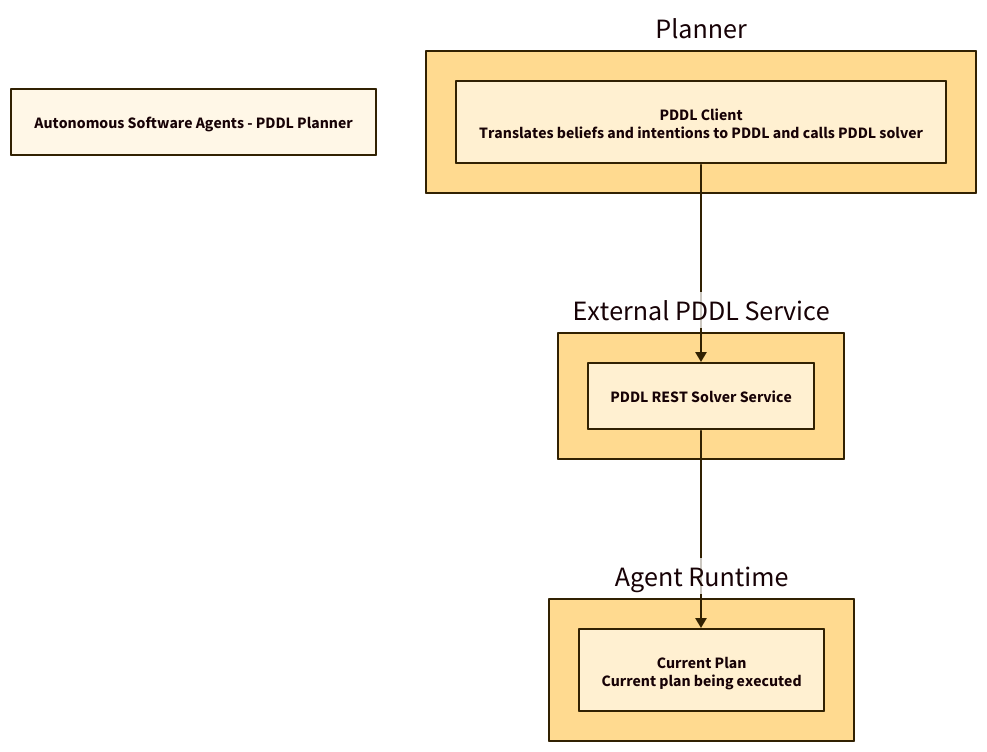
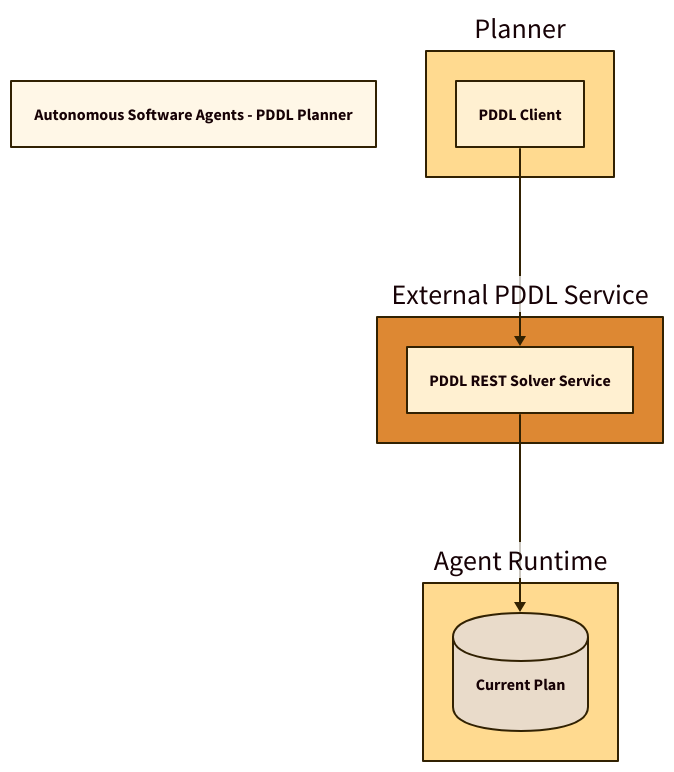
The diagram in presentation/diagrams/pddlPlanner.d2 (LuigiMiazzo17/unitn-autonomusSoftwareAgents), drawn with D2 before and after one commit. The commit also changed 7 other files, not shown here. The source asks for the TALA layout; these drawings use dagre instead.

```diff
--- a/presentation/diagrams/pddlPlanner.d2
+++ b/presentation/diagrams/pddlPlanner.d2
@@ -1,32 +1,36 @@
 title: "Autonomous Software Agents - PDDL Planner"
 
 vars: {
   d2-config: {
     layout-engine: tala
     theme-id: 105
   }
 }
 
 pddlSolver: {
   label: "External PDDL Service"
+  style: {
+    fill: "#dd8833"
+  }
   rest: {
     label: "PDDL REST Solver Service"
   }
 }
 
 agentRuntime: {
   label: "Agent Runtime"
   plan: {
-    label: "Current Plan\nCurrent plan being executed"
+    label: "Current Plan"
+    shape: cylinder
   }
 }
 
 planner: {
   label: "Planner"
   pddl: {
-    label: "PDDL Client\nTranslates beliefs and intentions to PDDL and calls PDDL solver"
+    label: "PDDL Client"
   }
 }
 
 planner.pddl -> pddlSolver.rest
 pddlSolver.rest -> agentRuntime.plan
```
